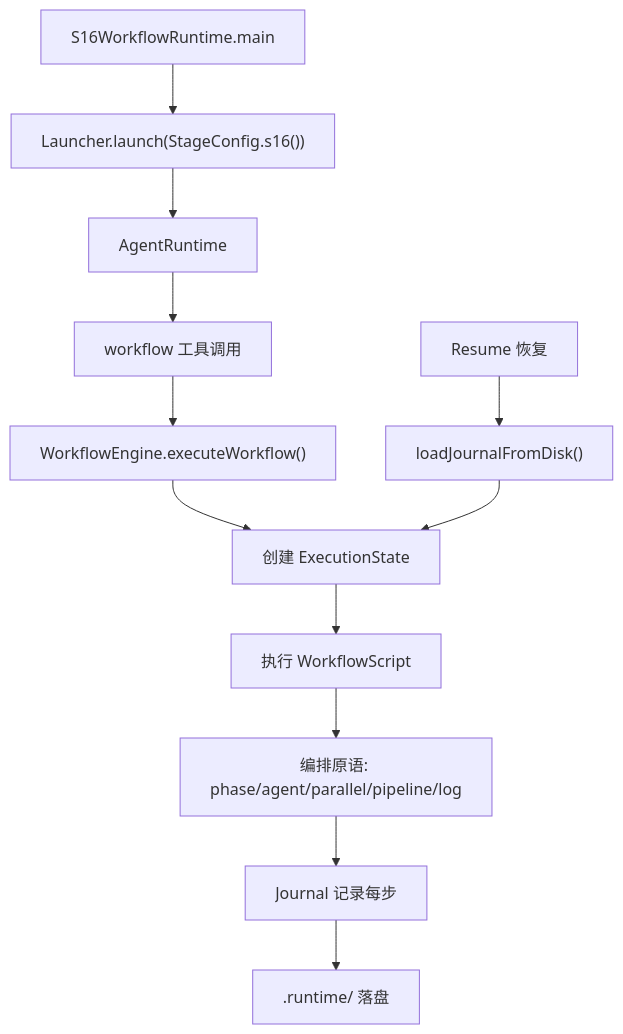
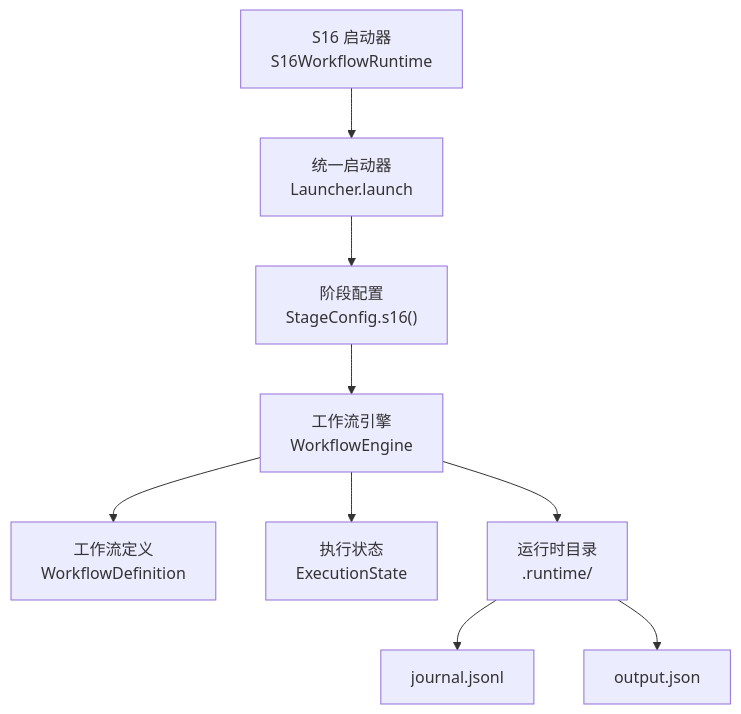
One commit to chenlds1994/learn-claude-code-java changed the first of 6 diagrams in .qoder/repowiki/zh/content/学习阶段详解/S16_ 工作流运行时.md. Above: the diagram before and after it, drawn with Mermaid. The commit also changed other lines of this file and 143 other files, not shown here.

First line of the commit message:
更新 repowiki 与 drawio 教程图至 17 阶段结构

````diff
--- a/.qoder/repowiki/zh/content/学习阶段详解/S16_ 工作流运行时.md
+++ b/.qoder/repowiki/zh/content/学习阶段详解/S16_ 工作流运行时.md
@@ -61,14 +37,11 @@
 ```mermaid
 graph TB
-A["S16WorkflowRuntime.main"] --> B["Launcher.launch(StageConfig.s16())"]
-B --> C["AgentRuntime"]
-C --> D["workflow 工具调用"]
-D --> E["WorkflowEngine.executeWorkflow()"]
-E --> F["创建 ExecutionState"]
-F --> G["执行 WorkflowScript"]
-G --> H["编排原语: phase/agent/parallel/pipeline/log"]
-H --> I["Journal 记录每步"]
-I --> J[".runtime/ 落盘"]
-K["Resume 恢复"] --> L["loadJournalFromDisk()"]
-L --> F
+A["S16 启动器<br/>S16WorkflowRuntime"] --> B["统一启动器<br/>Launcher.launch"]
+B --> C["阶段配置<br/>StageConfig.s16()"]
+C --> D["工作流引擎<br/>WorkflowEngine"]
+D --> E["工作流定义<br/>WorkflowDefinition"]
+D --> F["执行状态<br/>ExecutionState"]
+D --> G["运行时目录<br/>.runtime/"]
+G --> H["journal.jsonl"]
+G --> I["output.json"]
 ```
````
